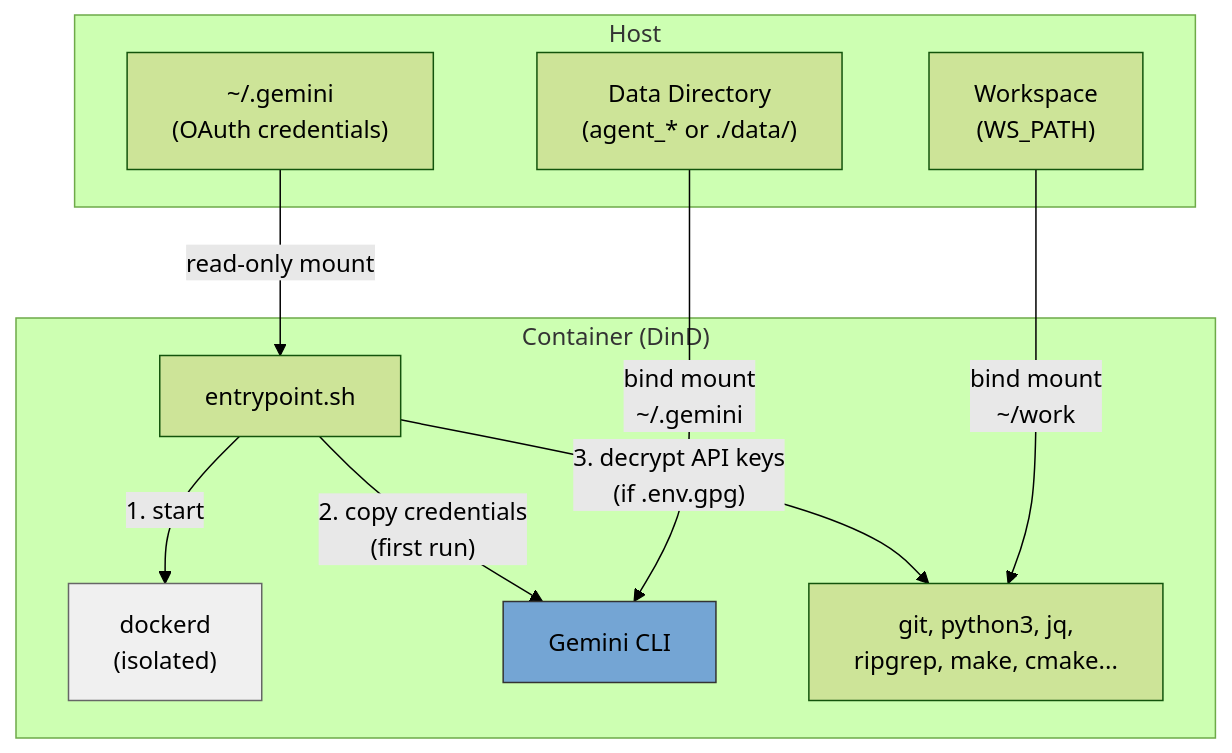
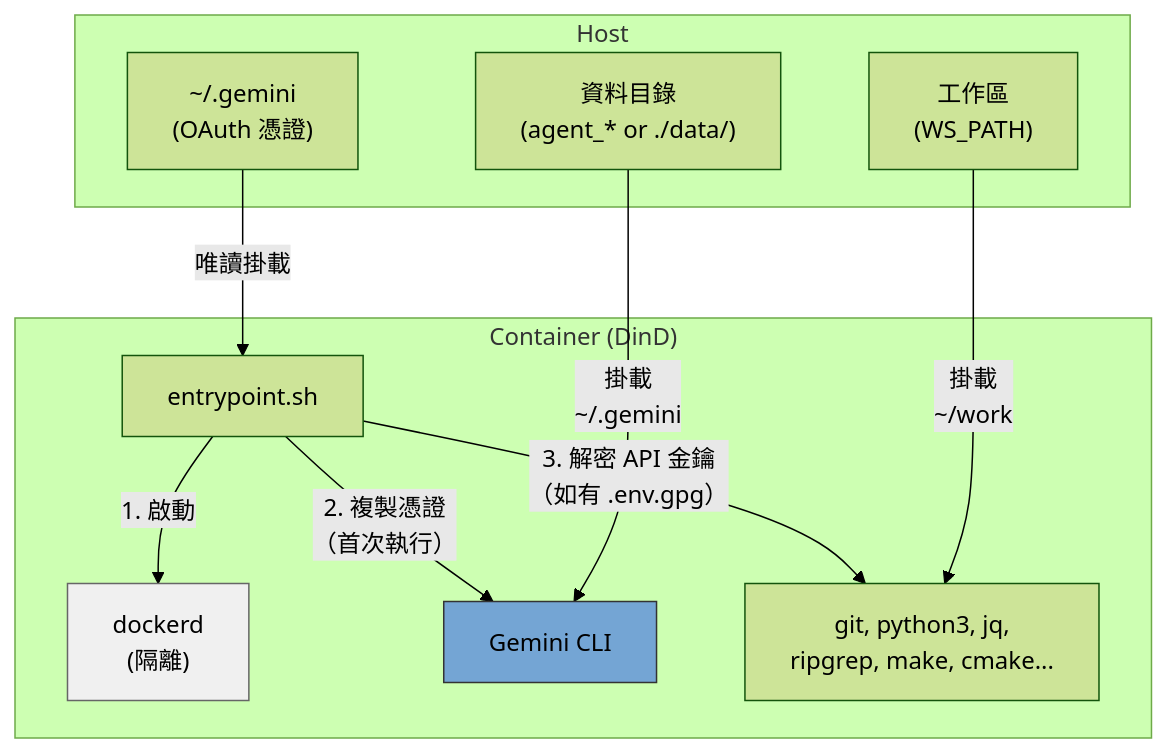
The first of 3 diagrams in doc/README.zh-TW.md (ycpss91255-docker/gemini_cli), drawn with Mermaid (forest theme) before and after one commit. The commit also changed other lines of this file and 2 other files, not shown here.

Commit message:
docs: keep 'smoke test' as proper noun in i18n
Do not translate 'smoke test' — it is a proper noun.

````diff
--- a/doc/README.zh-TW.md
+++ b/doc/README.zh-TW.md
@@ -42,26 +42,26 @@
 ```mermaid
 graph TB
     subgraph Host
-        H_OAuth["~/.gemini<br/>(OAuth credentials)"]
-        H_WS["Workspace<br/>(WS_PATH)"]
-        H_Data["Data Directory<br/>(agent_* or ./data/)"]
+        H_OAuth["~/.gemini<br/>(OAuth 憑證)"]
+        H_WS["工作區<br/>(WS_PATH)"]
+        H_Data["資料目錄<br/>(agent_* or ./data/)"]
     end
 
     subgraph "Container (DinD)"
         EP["entrypoint.sh"]
-        DinD["dockerd<br/>(isolated)"]
+        DinD["dockerd<br/>(隔離)"]
         Gemini["Gemini CLI"]
         Tools["git, python3, jq,<br/>ripgrep, make, cmake..."]
 
-        EP -->|"1. start"| DinD
-        EP -->|"2. copy credentials<br/>(first run)"| Gemini
-        EP -->|"3. decrypt API keys<br/>(if .env.gpg)"| Tools
+        EP -->|"1. 啟動"| DinD
+        EP -->|"2. 複製憑證<br/>（首次執行）"| Gemini
+        EP -->|"3. 解密 API 金鑰<br/>（如有 .env.gpg）"| Tools
     end
 
-    H_OAuth -->|"read-only mount"| EP
-    H_WS -->|"bind mount<br/>~/work"| Tools
-    H_Data -->|"bind mount<br/>~/.gemini"| Gemini
+    H_OAuth -->|"唯讀掛載"| EP
+    H_WS -->|"掛載<br/>~/work"| Tools
+    H_Data -->|"掛載<br/>~/.gemini"| Gemini
 
     style DinD fill:#f0f0f0,stroke:#666
     style Gemini fill:#74a5d4,stroke:#333
 ```
````
